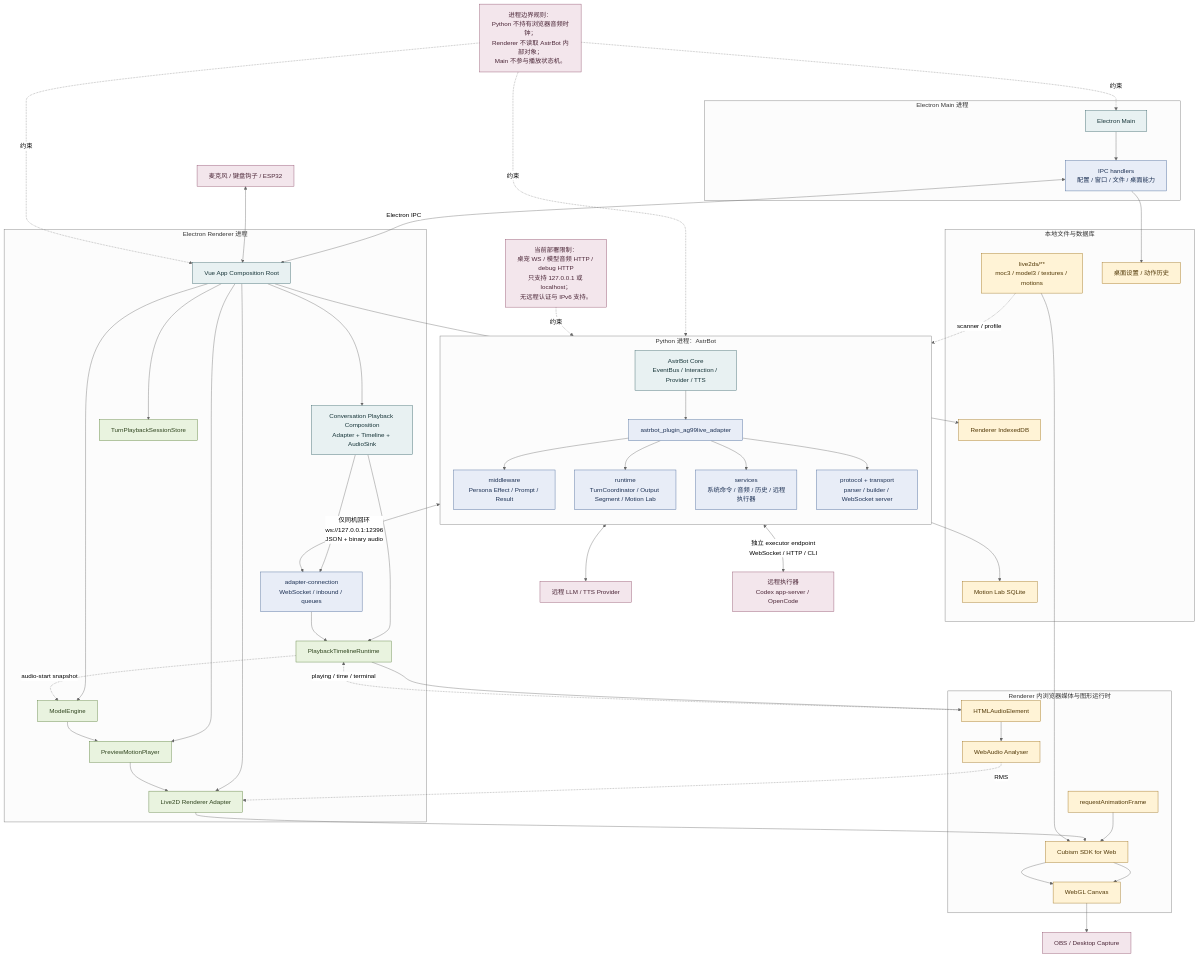
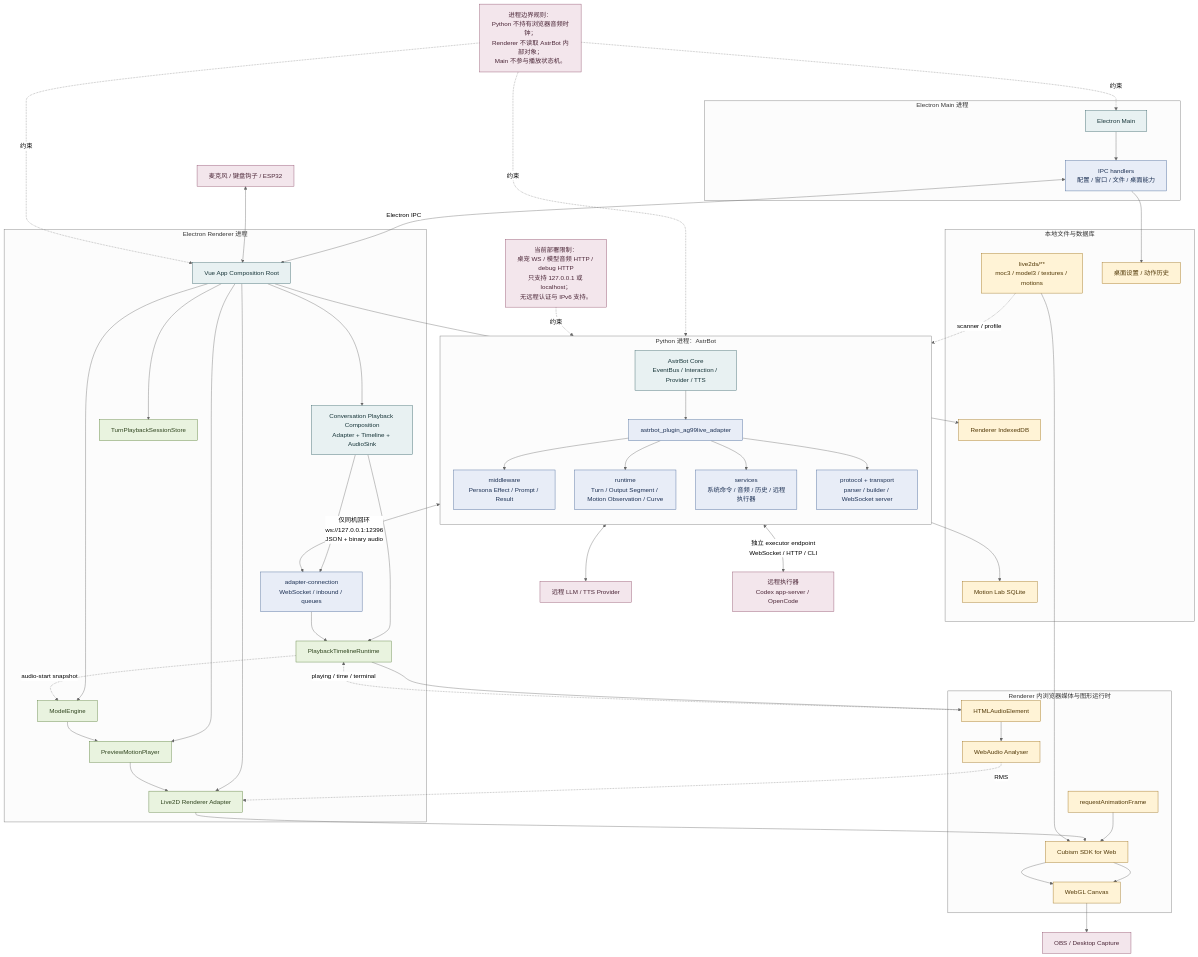
Before and after one commit to murphys7017/AG99live: the diagram in docs/04-流程图与分析图/02-部署与进程边界图.mmd, drawn with Mermaid (neutral theme). The commit also changed 38 other files, not shown here.

```diff
--- a/docs/04-流程图与分析图/02-部署与进程边界图.mmd
+++ b/docs/04-流程图与分析图/02-部署与进程边界图.mmd
@@ -1,94 +1,94 @@
 flowchart TB
     classDef process fill:#e8f1f2,stroke:#2f5d62,color:#163438
     classDef module fill:#e8edf7,stroke:#3e5f93,color:#1d3154
     classDef runtime fill:#e9f3df,stroke:#557a35,color:#2e431d
     classDef io fill:#fff3d6,stroke:#9a6b14,color:#513807
     classDef external fill:#f3e6ec,stroke:#8b4865,color:#4b2637
 
     subgraph PY[Python 进程：AstrBot]
         direction TB
         PYCORE[AstrBot Core<br/>EventBus / Interaction / Provider / TTS]:::process
         PLUGIN[astrbot_plugin_ag99live_adapter]:::module
         MW[middleware<br/>Persona Effect / Prompt / Result]:::module
-        RT[runtime<br/>TurnCoordinator / Output Segment / Motion Lab]:::module
+        RT[runtime<br/>Turn / Output Segment / Motion Observation / Curve]:::module
         SVC[services<br/>系统命令 / 音频 / 历史 / 远程执行器]:::module
         PROTO[protocol + transport<br/>parser / builder / WebSocket server]:::module
         PYCORE --> PLUGIN
         PLUGIN --> MW
         PLUGIN --> RT
         PLUGIN --> SVC
         PLUGIN --> PROTO
     end
 
     subgraph MAIN[Electron Main 进程]
         MAINPROC[Electron Main]:::process
         IPC[IPC handlers<br/>配置 / 窗口 / 文件 / 桌面能力]:::module
         MAINPROC --> IPC
     end
 
     subgraph RENDER[Electron Renderer 进程]
         APP[Vue App Composition Root]:::process
         PLAYBACK[Conversation Playback Composition<br/>Adapter + Timeline + AudioSink]:::process
         ADAPTER[adapter-connection<br/>WebSocket / inbound / queues]:::module
         STORE[TurnPlaybackSessionStore]:::runtime
         TL[PlaybackTimelineRuntime]:::runtime
         ENGINE[ModelEngine]:::runtime
         PLAYER[PreviewMotionPlayer]:::runtime
         L2D[Live2D Renderer Adapter]:::runtime
         APP --> PLAYBACK
         PLAYBACK --> ADAPTER
         APP --> STORE
         PLAYBACK --> TL
         APP --> ENGINE
         APP --> PLAYER
         APP --> L2D
     end
 
     subgraph BROWSER[Renderer 内浏览器媒体与图形运行时]
         MEDIA[HTMLAudioElement]:::io
         WEBAUDIO[WebAudio Analyser]:::io
         WEBGL[WebGL Canvas]:::io
         CUBISM[Cubism SDK for Web]:::io
         RAF[requestAnimationFrame]:::io
         MEDIA --> WEBAUDIO
         CUBISM --> WEBGL
         RAF --> CUBISM
     end
 
     subgraph FS[本地文件与数据库]
         MODELS[live2ds/**<br/>moc3 / model3 / textures / motions]:::io
         DB[Motion Lab SQLite]:::io
         IDB[Renderer IndexedDB]:::io
         SETTINGS[桌面设置 / 动作历史]:::io
     end
 
     PROVIDERS[远程 LLM / TTS Provider]:::external
     EXECUTOR[远程执行器<br/>Codex app-server / OpenCode]:::external
     OBS[OBS / Desktop Capture]:::external
     DEVICE[麦克风 / 键盘钩子 / ESP32]:::external
 
     PYCORE <--> PROVIDERS
     RT <-->|独立 executor endpoint<br/>WebSocket / HTTP / CLI| EXECUTOR
     PROTO <-->|仅同机回环<br/>ws://127.0.0.1:12396<br/>JSON + binary audio| ADAPTER
     IPC <-->|Electron IPC| APP
     ADAPTER --> TL
     TL --> MEDIA
     MEDIA -.playing / time / terminal.-> TL
     WEBAUDIO -.RMS.-> L2D
     ENGINE --> PLAYER --> L2D --> CUBISM
     TL -.audio-start snapshot.-> ENGINE
     CUBISM --> WEBGL --> OBS
 
     MODELS --> CUBISM
     MODELS -.scanner / profile.-> PLUGIN
     RT --> DB
     APP --> IDB
     IPC --> SETTINGS
     DEVICE <--> APP
 
     note1[进程边界规则：<br/>Python 不持有浏览器音频时钟；<br/>Renderer 不读取 AstrBot 内部对象；<br/>Main 不参与播放状态机。]:::external
     note2[当前部署限制：<br/>桌宠 WS / 模型音频 HTTP / debug HTTP<br/>只支持 127.0.0.1 或 localhost；<br/>无远程认证与 IPv6 支持。]:::external
     note1 -.约束.-> PYCORE
     note1 -.约束.-> APP
     note1 -.约束.-> MAINPROC
     note2 -.约束.-> PROTO
```
